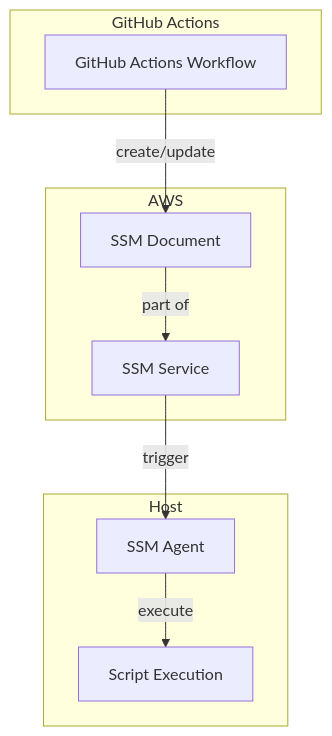
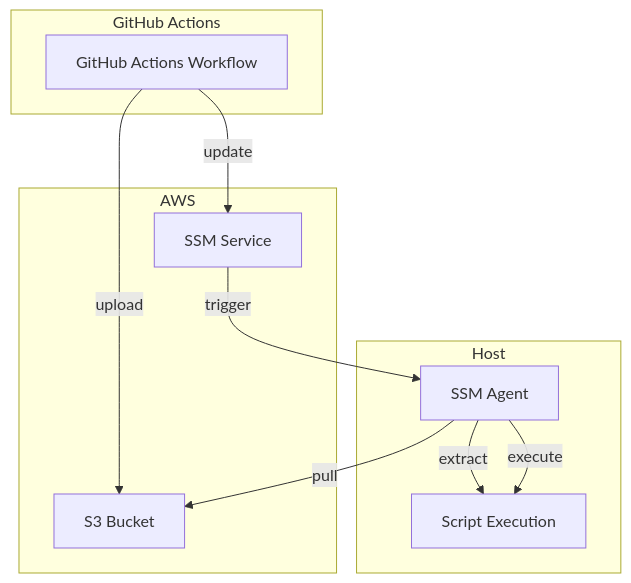
One commit to realsensesolutions/actions-aws-host-exec changed the first of 2 diagrams in README.md. Above: the diagram before and after it, drawn with Mermaid. The commit also changed other lines of this file and 7 other files, not shown here.

First line of the commit message:
Add artifact support for script execution via SSM

````diff
--- a/README.md
+++ b/README.md
@@ -7,21 +7,23 @@
 ```mermaid
 graph TD
     subgraph GitHub Actions
         GA[GitHub Actions Workflow]
     end
 
     subgraph AWS
+        S3[S3 Bucket]
         SSM[SSM Service]
-        Document[SSM Document]
     end
 
     subgraph Host
         SSMAgent[SSM Agent]
         Script[Script Execution]
     end
 
-    GA -->|create/update| Document
-    Document -->|part of| SSM
+    GA -->|upload| S3
+    GA -->|update| SSM
     SSM -->|trigger| SSMAgent
+    SSMAgent -->|pull| S3
+    SSMAgent -->|extract| Script
     SSMAgent -->|execute| Script
 ```
````
